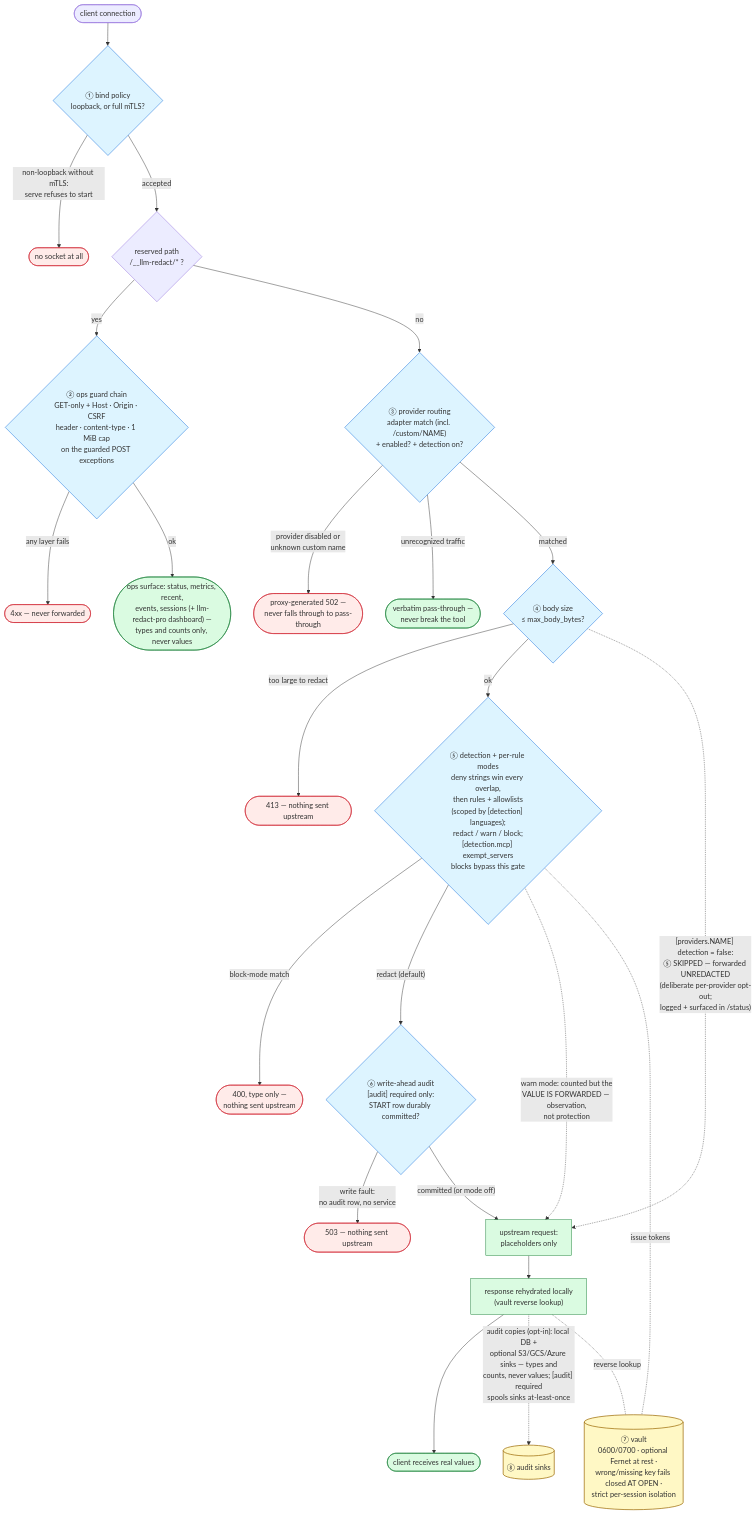
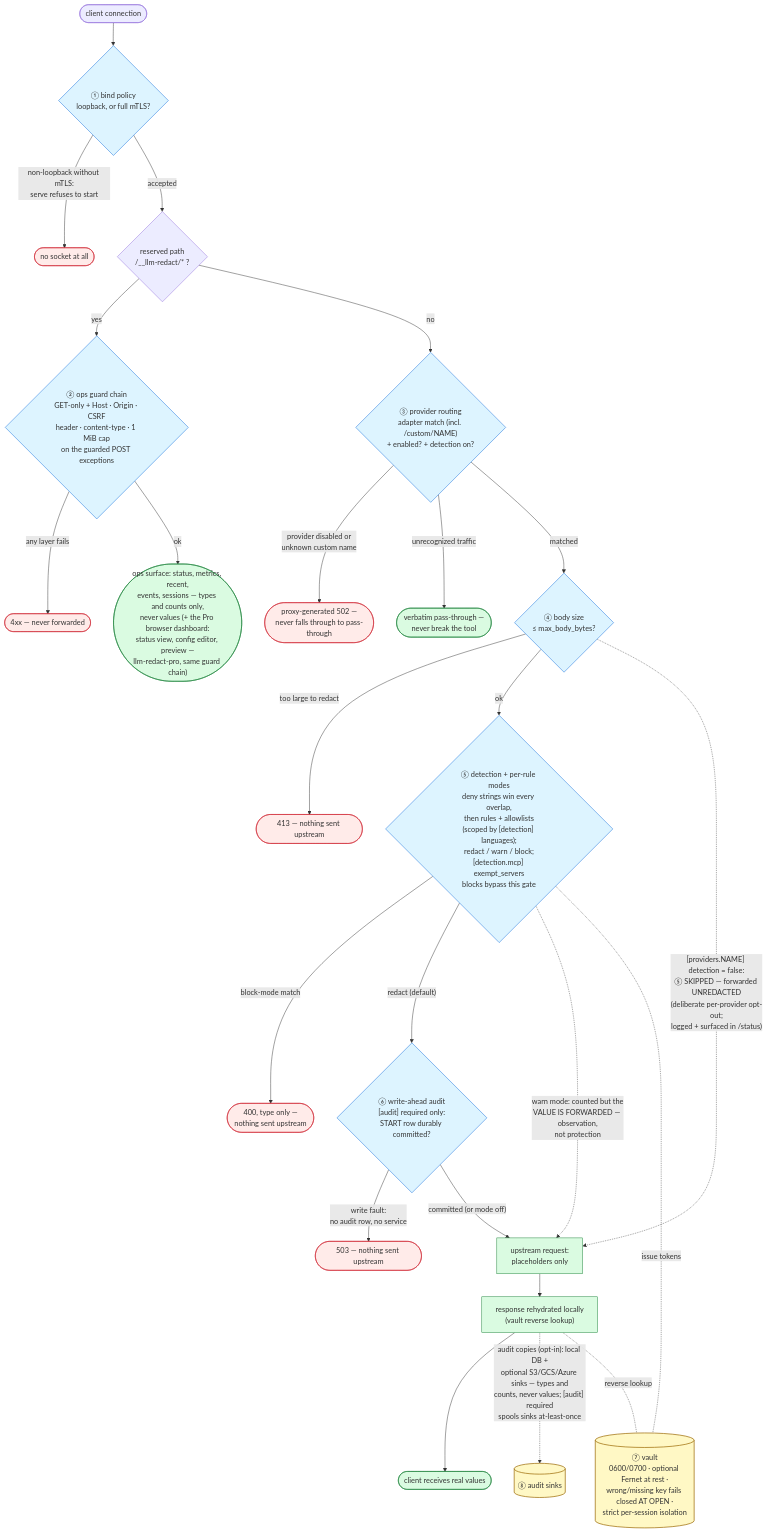
The diagram in docs/diagrams/security-gates.mmd (asanderson/llm-redact), drawn with Mermaid before and after one commit. The commit also changed 6 other files, not shown here.

First line of the commit message:
docs(diagrams): draw the Pro browser dashboard in the architecture diagram

```diff
--- a/docs/diagrams/security-gates.mmd
+++ b/docs/diagrams/security-gates.mmd
@@ -1,42 +1,42 @@
 %% Security-relevant data flow: every gate a request passes, what decides
 %% (PDP) and what enforces (PEP) at each one. Companion table with code
 %% references: docs/security-dataflows.md.
 %% Render: scripts/render_diagrams.sh (PNG committed next to this source).
 flowchart TB
     conn([client connection]) --> g1{"① bind policy<br/>loopback, or full mTLS?"}
     g1 -- "non-loopback without mTLS:<br/>serve refuses to start" --> r1([no socket at all])
     g1 -- accepted --> route{"reserved path<br/>/__llm-redact/* ?"}
 
     route -- yes --> g2{"② ops guard chain<br/>GET-only + Host · Origin · CSRF<br/>header · content-type · 1 MiB cap<br/>on the guarded POST exceptions"}
     g2 -- any layer fails --> r2([4xx — never forwarded])
-    g2 -- ok --> ops(["ops surface: status, metrics, recent,<br/>events, sessions (+ llm-redact-pro dashboard) —<br/>types and counts only, never values"])
+    g2 -- ok --> ops(["ops surface: status, metrics, recent,<br/>events, sessions — types and counts only,<br/>never values (+ the Pro browser dashboard:<br/>status view, config editor, preview —<br/>llm-redact-pro, same guard chain)"])
 
     route -- no --> g3{"③ provider routing<br/>adapter match (incl. /custom/NAME)<br/>+ enabled? + detection on?"}
     g3 -- "provider disabled or<br/>unknown custom name" --> r3([proxy-generated 502 —<br/>never falls through to pass-through])
     g3 -- "unrecognized traffic" --> pass([verbatim pass-through —<br/>never break the tool])
     g3 -- matched --> g4{"④ body size<br/>≤ max_body_bytes?"}
     g4 -- "too large to redact" --> r4([413 — nothing sent upstream])
     g4 -- ok --> g5{"⑤ detection + per-rule modes<br/>deny strings win every overlap,<br/>then rules + allowlists<br/>(scoped by [detection] languages);<br/>redact / warn / block;<br/>[detection.mcp] exempt_servers<br/>blocks bypass this gate"}
 
     g5 -- "block-mode match" --> r5([400, type only —<br/>nothing sent upstream])
     g5 -- "redact (default)" --> g6{"⑥ write-ahead audit<br/>[audit] required only:<br/>START row durably committed?"}
     g6 -- "write fault:<br/>no audit row, no service" --> r6([503 — nothing sent upstream])
     g6 -- "committed (or mode off)" --> up["upstream request:<br/>placeholders only"]
     g5 -. "warn mode: counted but the<br/>VALUE IS FORWARDED — observation,<br/>not protection" .-> up
     g4 -. "[providers.NAME] detection = false:<br/>⑤ SKIPPED — forwarded UNREDACTED<br/>(deliberate per-provider opt-out;<br/>logged + surfaced in /status)" .-> up
     up --> resp["response rehydrated locally<br/>(vault reverse lookup)"]
     resp --> out([client receives real values])
     resp -. "audit copies (opt-in): local DB +<br/>optional S3/GCS/Azure sinks — types and<br/>counts, never values; [audit] required<br/>spools sinks at-least-once" .-> sink[("⑧ audit sinks")]
 
     vault[("⑦ vault<br/>0600/0700 · optional Fernet at rest ·<br/>wrong/missing key fails closed AT OPEN ·<br/>strict per-session isolation")]
     g5 -. "issue tokens" .- vault
     resp -. "reverse lookup" .- vault
 
     classDef refuse fill:#ffebe9,stroke:#cf222e,stroke-width:1px;
     classDef gate fill:#ddf4ff,stroke:#0969da,stroke-width:1px;
     classDef okPath fill:#dafbe1,stroke:#1a7f37,stroke-width:1px;
     classDef vaultBox fill:#fff8c5,stroke:#9a6700,stroke-width:1.5px;
     class r1,r2,r3,r4,r5,r6 refuse;
     class g1,g2,g3,g4,g5,g6 gate;
     class up,resp,out,ops,pass okPath;
     class vault,sink vaultBox;
```
